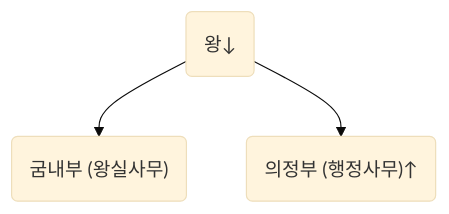
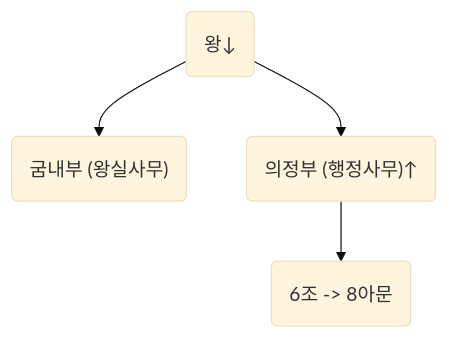
One commit to arkk200/Hankuksa changed the diagram in 06. 갑오개혁.md. Above: the diagram before and after it, drawn with Mermaid (base theme). The commit also changed 1 other file, not shown here.

Commit message:
6월 12일, 을미개혁 공부

````diff
--- a/06. 갑오개혁.md
+++ b/06. 갑오개혁.md
@@ -24,6 +24,7 @@
     ```mermaid
     graph TD
     A("왕↓")
     A-->B("굼내부 (왕실사무)")
     A-->C("의정부 (행정사무)↑")
+    C-->D("6조 -> 8아문")
     ```
````
